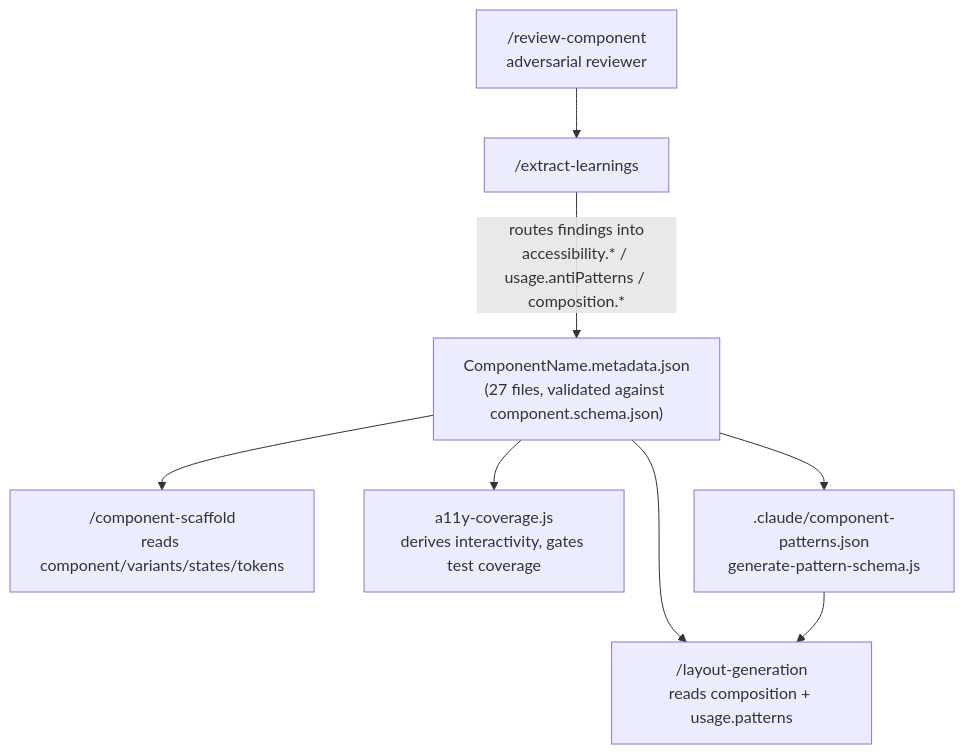
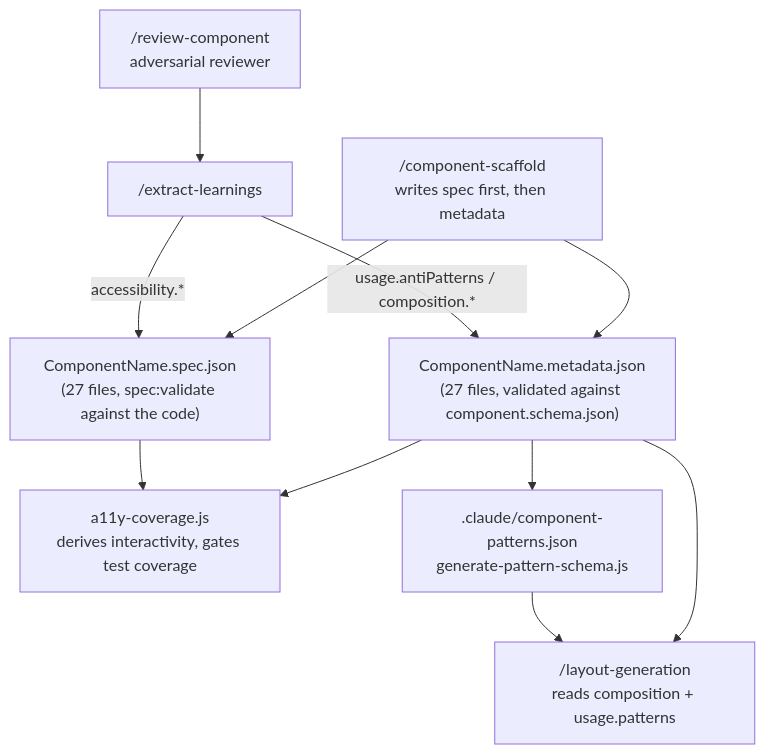
One commit to F4cu/upskill-design-system changed the diagram in docs/10-machine-readable-metadata.md. Above: the diagram before and after it, drawn with Mermaid. The commit also changed other lines of this file and 10 other files, not shown here.

````diff
--- a/docs/10-machine-readable-metadata.md
+++ b/docs/10-machine-readable-metadata.md
@@ -124,11 +128,15 @@
 ```mermaid
 flowchart TB
     M["ComponentName.metadata.json<br/>(27 files, validated against component.schema.json)"]
-    M --> SC["/component-scaffold<br/>reads component/variants/states/tokens"]
+    S["ComponentName.spec.json<br/>(27 files, spec:validate against the code)"]
+    SC["/component-scaffold<br/>writes spec first, then metadata"] --> S
+    SC --> M
     M --> LG["/layout-generation<br/>reads composition + usage.patterns"]
     M --> A11Y["a11y-coverage.js<br/>derives interactivity, gates test coverage"]
+    S --> A11Y
     M --> AGG[".claude/component-patterns.json<br/>generate-pattern-schema.js"]
     AGG --> LG
     R["/review-component<br/>adversarial reviewer"] --> EL["/extract-learnings"]
-    EL -->|"routes findings into<br/>accessibility.* / usage.antiPatterns / composition.*"| M
+    EL -->|"usage.antiPatterns / composition.*"| M
+    EL -->|"accessibility.*"| S
 ```
````
